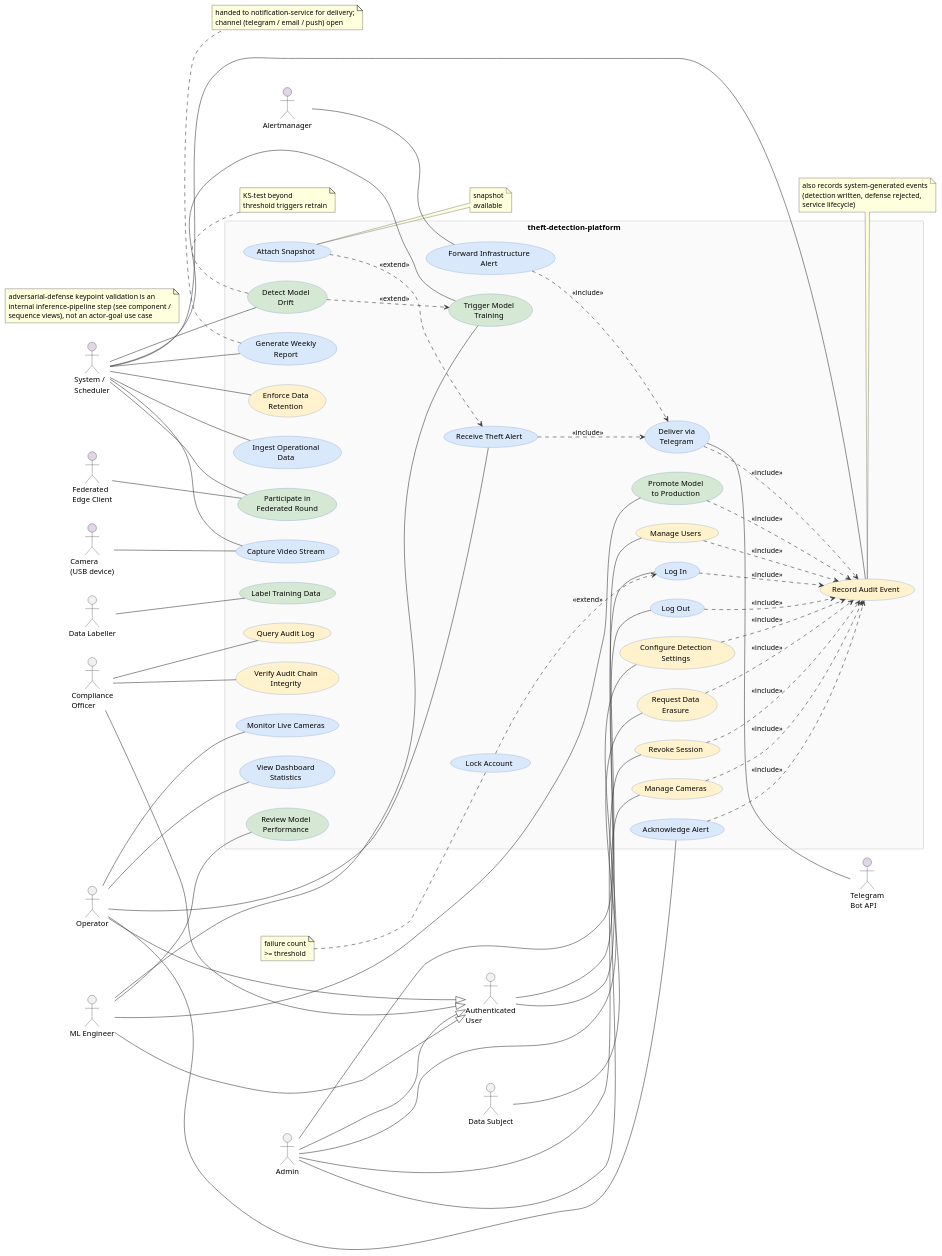
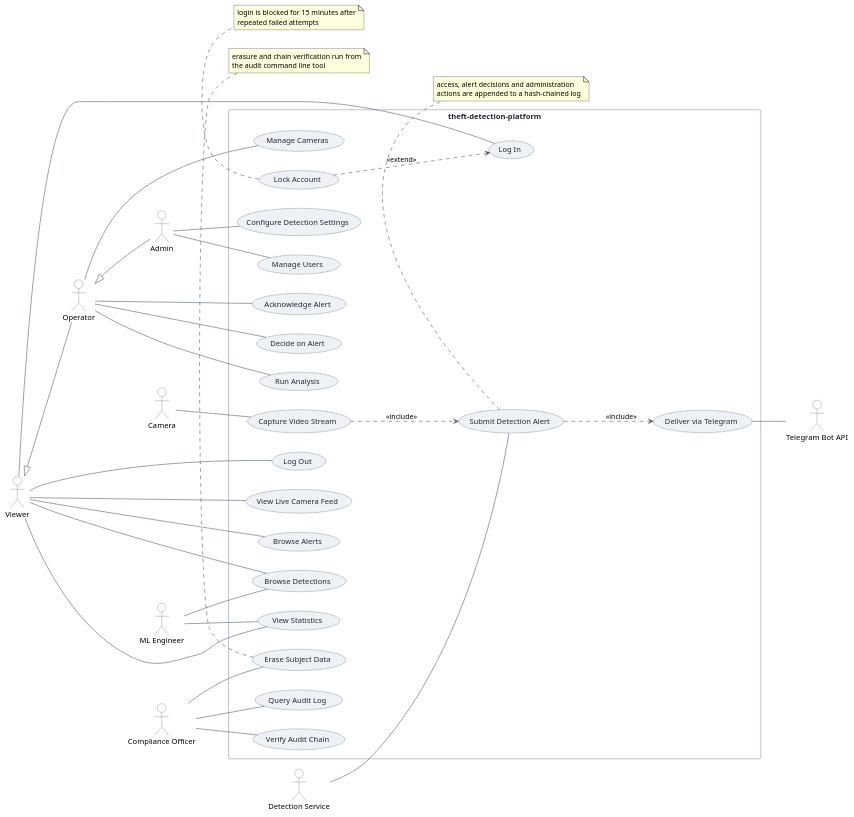
The diagram in docs/diagrams/Use-case.puml (Nizar7kabbaj/theft-detection-platform), drawn with PlantUML before and after one commit. The commit also changed 7 other files, not shown here.

Commit message:
refresh use case and admin config diagrams, split frame to alert (#158)

```diff
--- a/docs/diagrams/Use-case.puml
+++ b/docs/diagrams/Use-case.puml
@@ -1,139 +1,87 @@
 @startuml
 left to right direction
+skinparam shadowing false
+skinparam defaultFontName Helvetica
+skinparam ArrowColor #44546A
+skinparam packageStyle rectangle
 skinparam usecase {
-  BackgroundColor #dae8fc
-  BorderColor #6c8ebf
-  ArrowColor #333333
-  FontName Arial
+  BackgroundColor #EEF1F5
+  BorderColor #44546A
+  FontColor #1F2933
 }
 skinparam actor {
-  FontName Arial
+  BackgroundColor #FFFFFF
+  BorderColor #44546A
 }
 skinparam rectangle {
-  BackgroundColor #FAFAFA
-  BorderColor #cccccc
+  BackgroundColor #FFFFFF
+  BorderColor #8A94A6
+  FontColor #1F2933
 }
-
-actor "Authenticated\nUser" as auth_user
+actor "Viewer" as viewer
 actor "Operator" as operator
 actor "Admin" as admin
-actor "ML Engineer" as ml_eng
-actor "Data Labeller" as labeller
-actor "Compliance\nOfficer" as compliance
-actor "Data Subject" as data_subj
-actor "Camera\n(USB device)" as camera #e1d5e7
-actor "Alertmanager" as am #e1d5e7
-actor "Telegram\nBot API" as tg #e1d5e7
-actor "Federated\nEdge Client" as fed #e1d5e7
-actor "System /\nScheduler" as system #e1d5e7
-
-operator --|> auth_user
-admin --|> auth_user
-ml_eng --|> auth_user
-compliance --|> auth_user
-
+actor "ML Engineer" as mleng
+actor "Compliance Officer" as compliance
+actor "Camera" as camera
+actor "Detection Service" as detector
+viewer <|-- operator
+operator <|-- admin
 rectangle "theft-detection-platform" {
-  usecase "Log In" as UC_LOGIN #dae8fc
-  usecase "Log Out" as UC_LOGOUT #dae8fc
-  usecase "Lock Account" as UC_LOCK #dae8fc
-  usecase "Revoke Session" as UC_REVOKE #fff2cc
-  usecase "Capture Video Stream" as UC_CAPTURE #dae8fc
-  usecase "Monitor Live Cameras" as UC_MONITOR #dae8fc
-  usecase "Receive Theft Alert" as UC_RECV #dae8fc
-  usecase "Acknowledge Alert" as UC_ACK #dae8fc
-  usecase "View Dashboard\nStatistics" as UC_STATS #dae8fc
-  usecase "Attach Snapshot" as UC_SNAP #dae8fc
-  usecase "Manage Cameras" as UC_MGCAM #fff2cc
-  usecase "Manage Users" as UC_MGUSR #fff2cc
-  usecase "Configure Detection\nSettings" as UC_CONFIG #fff2cc
-  usecase "Query Audit Log" as UC_QAUDIT #fff2cc
-  usecase "Verify Audit Chain\nIntegrity" as UC_VAUDIT #fff2cc
-  usecase "Request Data\nErasure" as UC_ERASE #fff2cc
-  usecase "Enforce Data\nRetention" as UC_RETAIN #fff2cc
-  usecase "Record Audit Event" as UC_AUDIT #fff2cc
-  usecase "Ingest Operational\nData" as UC_INGEST #dae8fc
-  usecase "Generate Weekly\nReport" as UC_REPORT #dae8fc
-  usecase "Review Model\nPerformance" as UC_MODEL #d5e8d4
-  usecase "Label Training Data" as UC_LABEL #d5e8d4
-  usecase "Detect Model\nDrift" as UC_DRIFT #d5e8d4
-  usecase "Trigger Model\nTraining" as UC_TRAIN #d5e8d4
-  usecase "Promote Model\nto Production" as UC_PROMOTE #d5e8d4
-  usecase "Participate in\nFederated Round" as UC_FED #d5e8d4
-  usecase "Deliver via\nTelegram" as UC_DELIVER #dae8fc
-  usecase "Forward Infrastructure\nAlert" as UC_INFRA #dae8fc
+  usecase "Log In" as UC_LOGIN
+  usecase "Log Out" as UC_LOGOUT
+  usecase "Lock Account" as UC_LOCK
+  usecase "View Live Camera Feed" as UC_FEED
+  usecase "Browse Alerts" as UC_ALERTS
+  usecase "Browse Detections" as UC_DETECTIONS
+  usecase "View Statistics" as UC_STATS
+  usecase "Acknowledge Alert" as UC_ACK
+  usecase "Decide on Alert" as UC_DECIDE
+  usecase "Run Analysis" as UC_ANALYZE
+  usecase "Manage Cameras" as UC_CAMERAS
+  usecase "Manage Users" as UC_USERS
+  usecase "Configure Detection Settings" as UC_SETTINGS
+  usecase "Query Audit Log" as UC_QUERY
+  usecase "Verify Audit Chain" as UC_VERIFY
+  usecase "Erase Subject Data" as UC_ERASE
+  usecase "Capture Video Stream" as UC_CAPTURE
+  usecase "Submit Detection Alert" as UC_SUBMIT
+  usecase "Deliver via Telegram" as UC_DELIVER
 }
-
-auth_user -- UC_LOGIN
-auth_user -- UC_LOGOUT
+actor "Telegram Bot API" as telegram
+viewer -- UC_LOGIN
+viewer -- UC_LOGOUT
+viewer -- UC_FEED
+viewer -- UC_ALERTS
+viewer -- UC_DETECTIONS
+viewer -- UC_STATS
+operator -- UC_ACK
+operator -- UC_DECIDE
+operator -- UC_ANALYZE
+operator -- UC_CAMERAS
+admin -- UC_USERS
+admin -- UC_SETTINGS
+mleng -- UC_DETECTIONS
+mleng -- UC_STATS
+compliance -- UC_QUERY
+compliance -- UC_VERIFY
+compliance -- UC_ERASE
+camera -- UC_CAPTURE
+detector -- UC_SUBMIT
+UC_DELIVER -- telegram
 UC_LOCK ..> UC_LOGIN : <<extend>>
-note left of UC_LOCK : failure count\n>= threshold
-
-camera -- UC_CAPTURE
-operator -- UC_MONITOR
-operator -- UC_RECV
-operator -- UC_ACK
-operator -- UC_STATS
-UC_SNAP ..> UC_RECV : <<extend>>
-note right of UC_SNAP : snapshot\navailable
-
-admin -- UC_MGCAM
-admin -- UC_MGUSR
-admin -- UC_CONFIG
-admin -- UC_REVOKE
-
-compliance -- UC_QAUDIT
-compliance -- UC_VAUDIT
-data_subj -- UC_ERASE
-
-ml_eng -- UC_MODEL
-ml_eng -- UC_TRAIN
-ml_eng -- UC_PROMOTE
-labeller -- UC_LABEL
-
-system -- UC_CAPTURE
-system -- UC_INGEST
-system -- UC_REPORT
-system -- UC_RETAIN
-system -- UC_DRIFT
-system -- UC_TRAIN
-system -- UC_FED
-system -- UC_AUDIT
-fed -- UC_FED
-
-UC_RECV ..> UC_DELIVER : <<include>>
-UC_INFRA ..> UC_DELIVER : <<include>>
-UC_DRIFT ..> UC_TRAIN : <<extend>>
-note bottom of UC_DRIFT : KS-test beyond\nthreshold triggers retrain
-
-UC_LOGIN ..> UC_AUDIT : <<include>>
-UC_LOGOUT ..> UC_AUDIT : <<include>>
-UC_ACK ..> UC_AUDIT : <<include>>
-UC_MGCAM ..> UC_AUDIT : <<include>>
-UC_MGUSR ..> UC_AUDIT : <<include>>
-UC_CONFIG ..> UC_AUDIT : <<include>>
-UC_REVOKE ..> UC_AUDIT : <<include>>
-UC_PROMOTE ..> UC_AUDIT : <<include>>
-UC_ERASE ..> UC_AUDIT : <<include>>
-UC_DELIVER ..> UC_AUDIT : <<include>>
-
-am -- UC_INFRA
-UC_DELIVER -- tg
-
-note bottom of UC_AUDIT
-  also records system-generated events
-  (detection written, defense rejected,
-  service lifecycle)
+UC_CAPTURE ..> UC_SUBMIT : <<include>>
+UC_SUBMIT ..> UC_DELIVER : <<include>>
+note bottom of UC_ERASE
+  erasure and chain verification run from
+  the audit command line tool
 end note
-
-note bottom of UC_REPORT
-  handed to notification-service for delivery;
-  channel (telegram / email / push) open
+note bottom of UC_LOCK
+  login is blocked for 15 minutes after
+  repeated failed attempts
 end note
-
-note as N_DEF
-  adversarial-defense keypoint validation is an
-  internal inference-pipeline step (see component /
-  sequence views), not an actor-goal use case
+note bottom of UC_SUBMIT
+  access, alert decisions and administration
+  actions are appended to a hash-chained log
 end note
-
 @enduml
```
